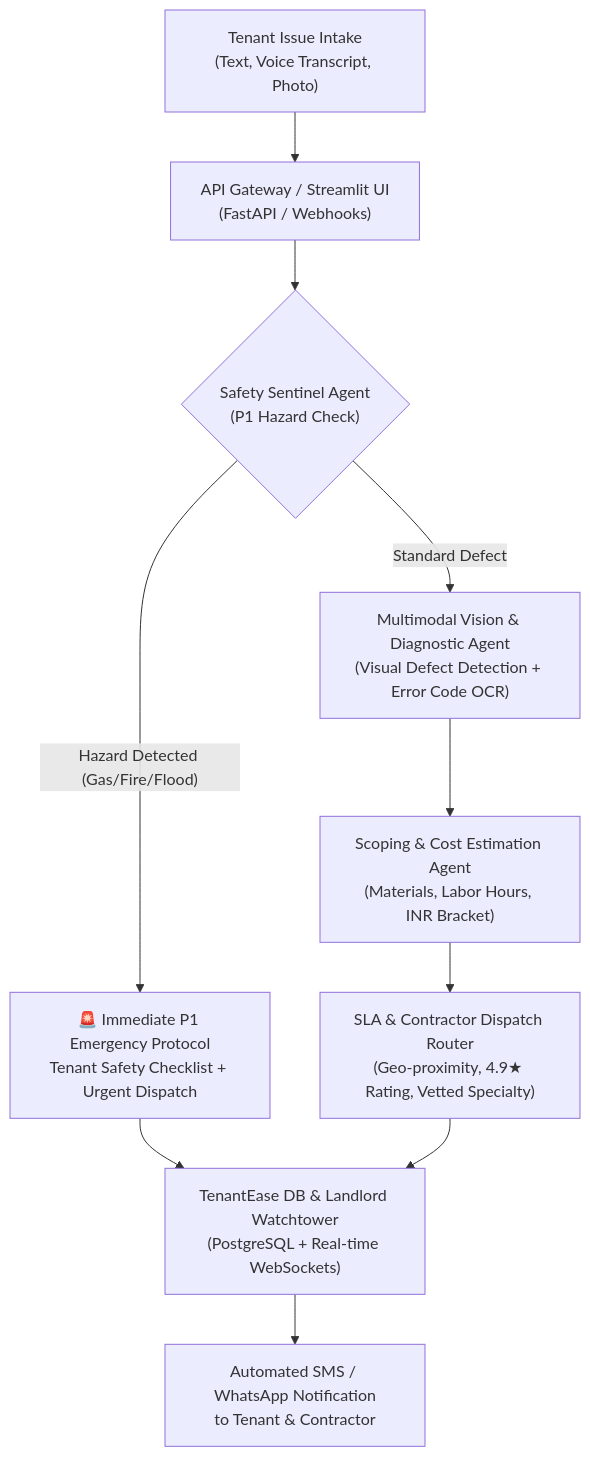
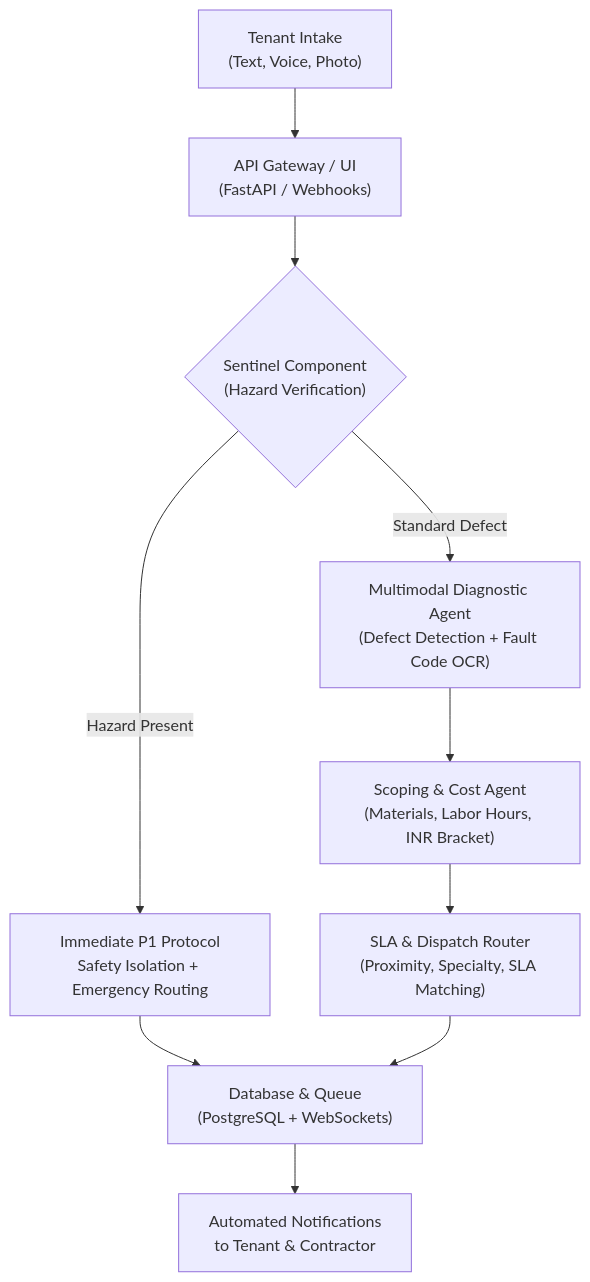
Before and after one commit to prime3436/cynbit-ai-cognicare: the diagram in README.md, drawn with Mermaid. The commit also changed other lines of this file and 12 other files, not shown here.

Commit message:
Refactor: Cleaned code architecture, removed extraneous comments, and streamlined reports

````diff
--- a/README.md
+++ b/README.md
@@ -29,15 +28,15 @@
 ```mermaid
 flowchart TD
-    A["Tenant Issue Intake<br/>(Text, Voice Transcript, Photo)"] --> B["API Gateway / Streamlit UI<br/>(FastAPI / Webhooks)"]
-    B --> C{"Safety Sentinel Agent<br/>(P1 Hazard Check)"}
+    A["Tenant Intake<br/>(Text, Voice, Photo)"] --> B["API Gateway / UI<br/>(FastAPI / Webhooks)"]
+    B --> C{"Sentinel Component<br/>(Hazard Verification)"}
     
-    C -->|"Hazard Detected (Gas/Fire/Flood)"| H1["🚨 Immediate P1 Emergency Protocol<br/>Tenant Safety Checklist + Urgent Dispatch"]
-    C -->|"Standard Defect"| D["Multimodal Vision & Diagnostic Agent<br/>(Visual Defect Detection + Error Code OCR)"]
+    C -->|"Hazard Present"| H1["Immediate P1 Protocol<br/>Safety Isolation + Emergency Routing"]
+    C -->|"Standard Defect"| D["Multimodal Diagnostic Agent<br/>(Defect Detection + Fault Code OCR)"]
     
-    D --> E["Scoping & Cost Estimation Agent<br/>(Materials, Labor Hours, INR Bracket)"]
-    E --> F["SLA & Contractor Dispatch Router<br/>(Geo-proximity, 4.9★ Rating, Vetted Specialty)"]
+    D --> E["Scoping & Cost Agent<br/>(Materials, Labor Hours, INR Bracket)"]
+    E --> F["SLA & Dispatch Router<br/>(Proximity, Specialty, SLA Matching)"]
     
-    H1 --> G["TenantEase DB & Landlord Watchtower<br/>(PostgreSQL + Real-time WebSockets)"]
+    H1 --> G["Database & Queue<br/>(PostgreSQL + WebSockets)"]
     F --> G
-    G --> H["Automated SMS / WhatsApp Notification<br/>to Tenant & Contractor"]
+    G --> H["Automated Notifications<br/>to Tenant & Contractor"]
 ```
````
